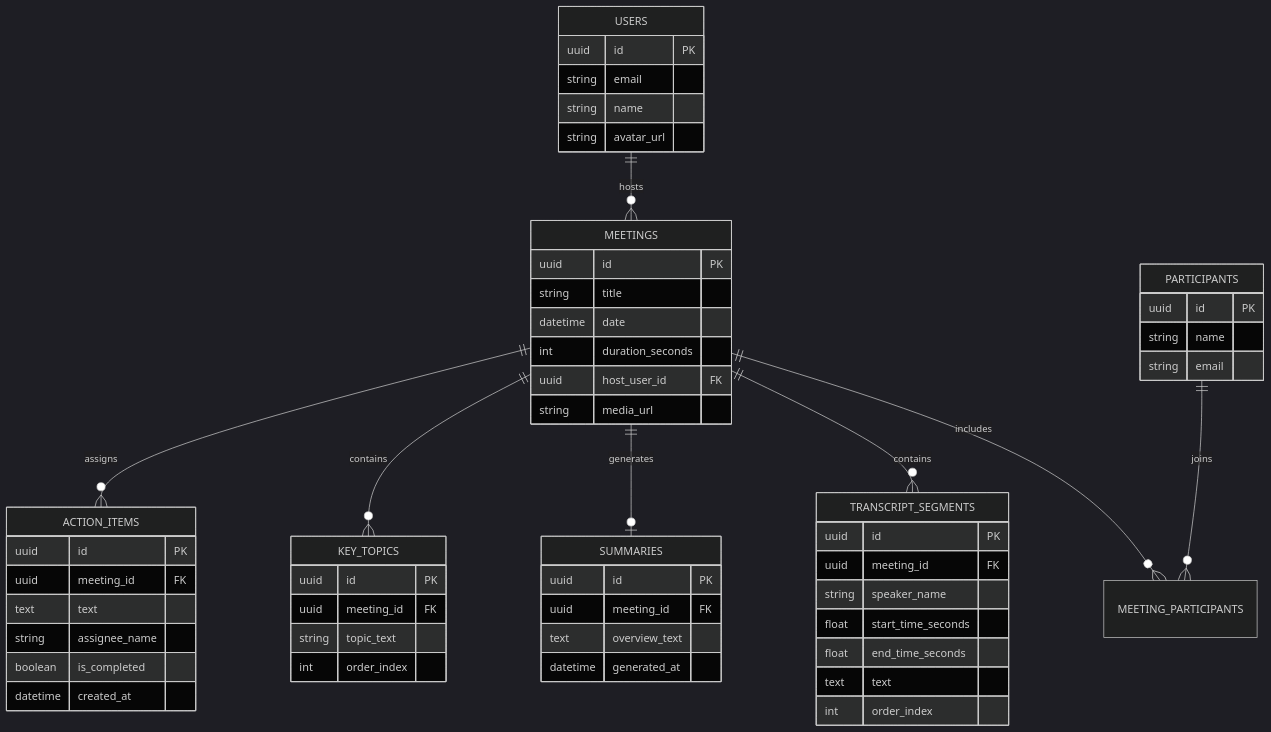
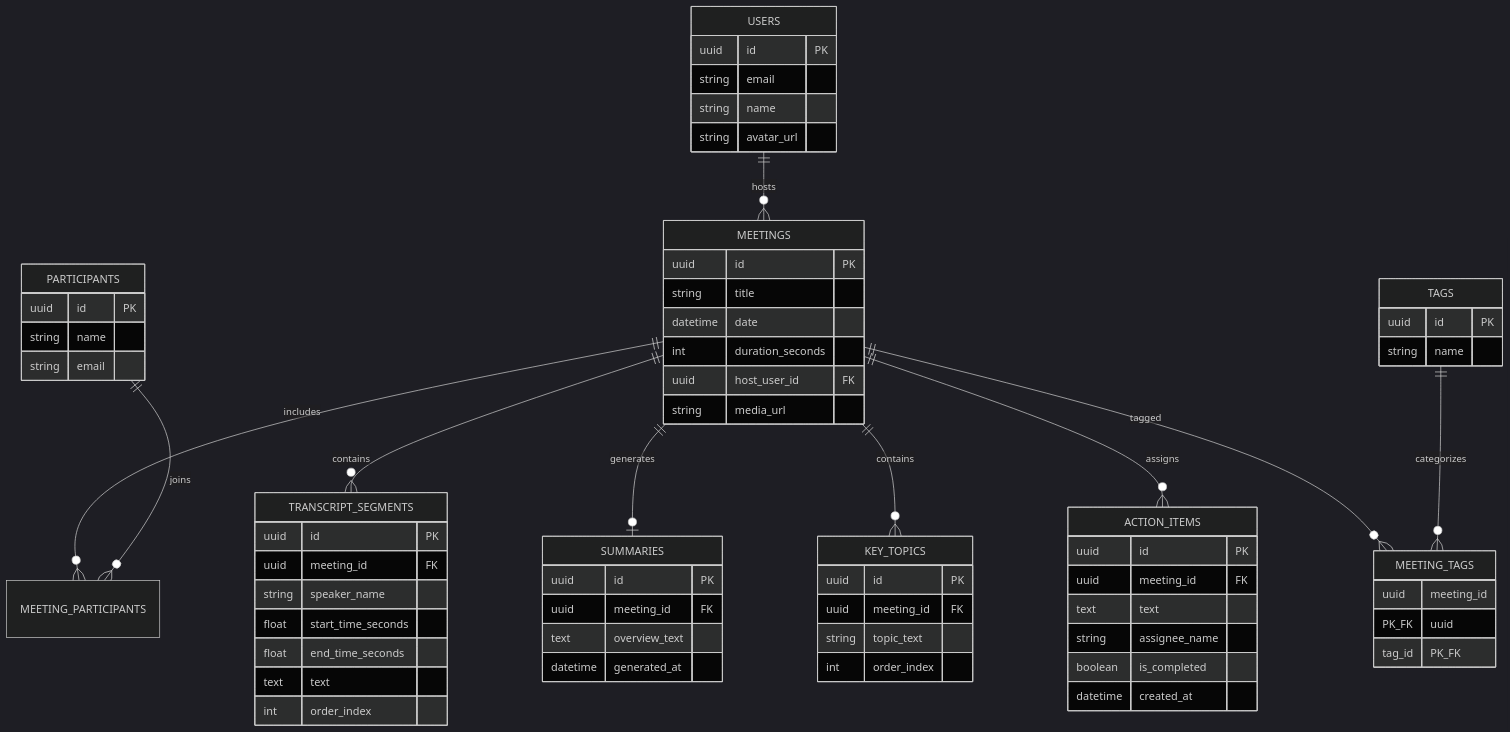
The second of 2 diagrams in README.md (SakshiMalik565/meeting-intelligence-platform), drawn with Mermaid (dark theme) before and after one commit. The commit also changed other lines of this file, not shown here.

Commit message:
update readme schema to 10 tables and document tag ui tradeoff
- reflect all 10 normalized database tables including tags and meeting_tags

- update mermaid er diagram to include tags relationships

- document explicit tradeoff prioritizing cmd+k search and report exports over tag UI

````diff
--- a/README.md
+++ b/README.md
@@ -57,65 +57,77 @@
 ```mermaid
 erDiagram
     USERS ||--o{ MEETINGS : hosts
     MEETINGS ||--o{ MEETING_PARTICIPANTS : includes
     PARTICIPANTS ||--o{ MEETING_PARTICIPANTS : joins
     MEETINGS ||--o{ TRANSCRIPT_SEGMENTS : contains
     MEETINGS ||--o| SUMMARIES : generates
     MEETINGS ||--o{ KEY_TOPICS : contains
     MEETINGS ||--o{ ACTION_ITEMS : assigns
+    MEETINGS ||--o{ MEETING_TAGS : tagged
+    TAGS ||--o{ MEETING_TAGS : categorizes
 
     USERS {
         uuid id PK
         string email
         string name
         string avatar_url
     }
 
     MEETINGS {
         uuid id PK
         string title
         datetime date
         int duration_seconds
         uuid host_user_id FK
         string media_url
     }
 
     PARTICIPANTS {
         uuid id PK
         string name
         string email
     }
 
     TRANSCRIPT_SEGMENTS {
         uuid id PK
         uuid meeting_id FK
         string speaker_name
         float start_time_seconds
         float end_time_seconds
         text text
         int order_index
     }
 
     SUMMARIES {
         uuid id PK
         uuid meeting_id FK
         text overview_text
         datetime generated_at
     }
 
     KEY_TOPICS {
         uuid id PK
         uuid meeting_id FK
         string topic_text
         int order_index
     }
 
     ACTION_ITEMS {
         uuid id PK
         uuid meeting_id FK
         text text
         string assignee_name
         boolean is_completed
         datetime created_at
     }
+
+    TAGS {
+        uuid id PK
+        string name
+    }
+
+    MEETING_TAGS {
+        uuid meeting_id PK_FK
+        uuid tag_id PK_FK
+    }
 ```
````
